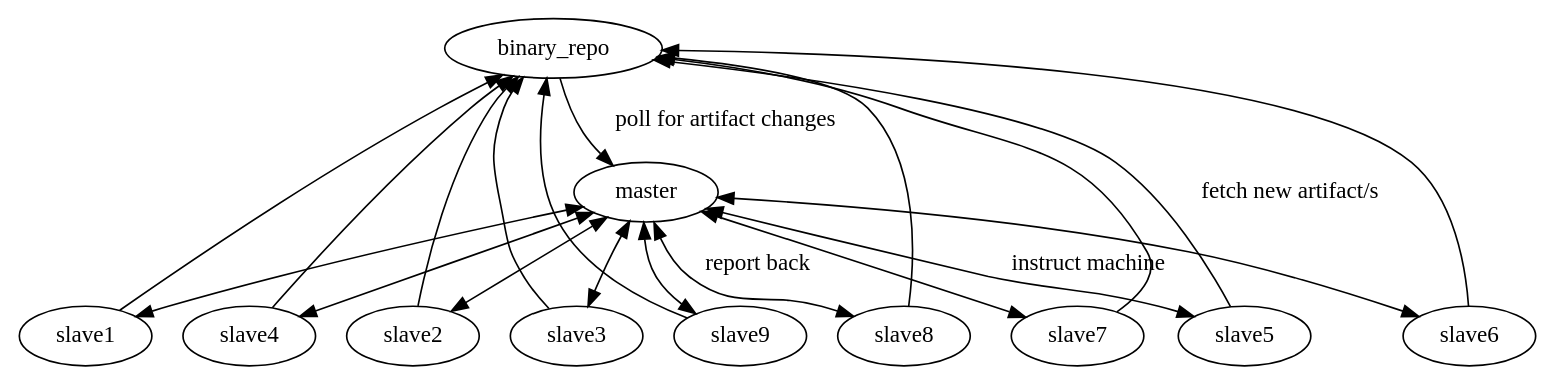
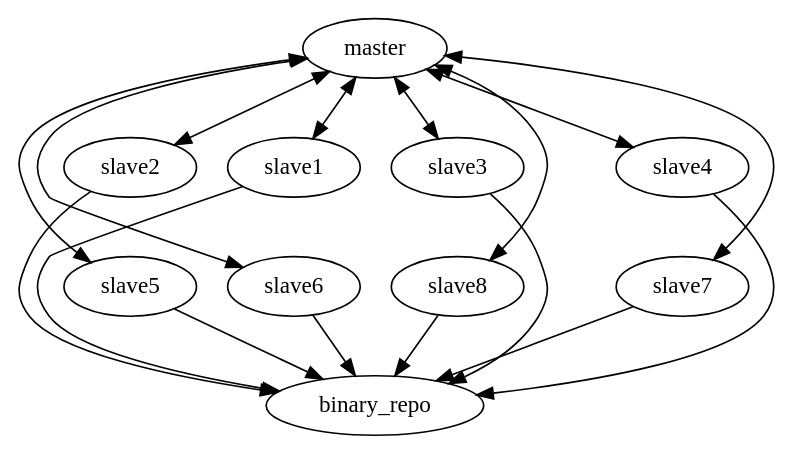
One commit to adedomin/cicd-in-dist-env changed the diagram in research/media/cd.dot. Above: the diagram before and after it, drawn with Graphviz. The commit also changed 13 other files, not shown here.

```diff
--- a/research/media/cd.dot
+++ b/research/media/cd.dot
@@ -1,21 +1,21 @@
 digraph agraph {
-	binary_repo -> master [label="poll for artifact changes"];
 	master -> slave1 [dir="both"];
 	master -> slave2 [dir="both"];
 	master -> slave3 [dir="both"];
 	master -> slave4 [dir="both"];
-	master -> slave5 [dir="both" label="instruct machine"];
+	master -> slave5 [dir="both"];
 	master -> slave6 [dir="both"];
 	master -> slave7 [dir="both"];
-	master -> slave8 [dir="both" label="report back"];
-	master -> slave9 [dir="both"];
+	master -> slave8 [dir="both"];
 	slave1 -> binary_repo;
 	slave2 -> binary_repo;
 	slave3 -> binary_repo;
 	slave4 -> binary_repo;
-	slave5 -> binary_repo [label="fetch new artifact/s"];
+	slave5 -> binary_repo;
 	slave6 -> binary_repo;
 	slave7 -> binary_repo;
 	slave8 -> binary_repo;
-	slave9 -> binary_repo;
+
+    {rank=same slave1 slave2 slave3 slave4} 
+    -> {rank=same slave5 slave6 slave7 slave8} [style=invis];
 }
```
